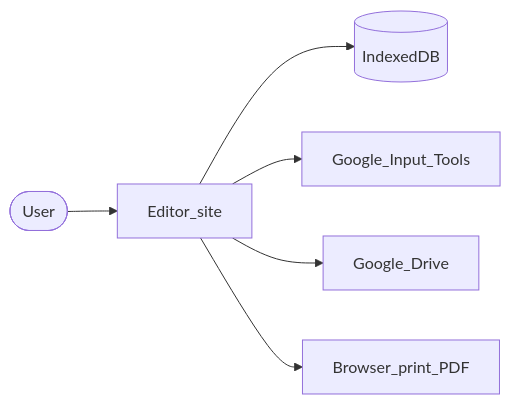
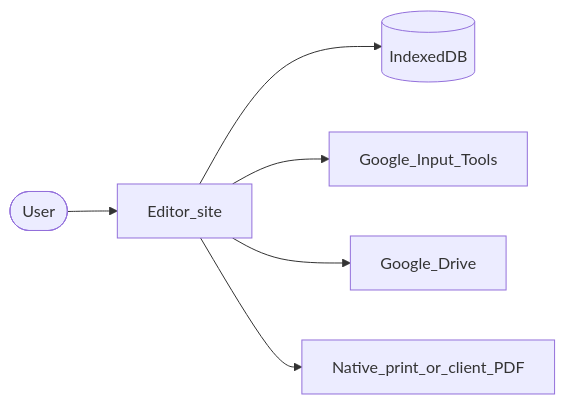
The first of 2 diagrams in docs/architecture.md (arverma/Bihar-Police-Notebook), drawn with Mermaid before and after one commit. The commit also changed other lines of this file and 15 other files, not shown here.

````diff
--- a/docs/architecture.md
+++ b/docs/architecture.md
@@ -9,15 +9,15 @@
 ```mermaid
 flowchart LR
   User([User])
   Editor[Editor_site]
   IDB[(IndexedDB)]
   GIT[Google_Input_Tools]
   Drive[Google_Drive]
-  Print[Browser_print_PDF]
+  Print[Native_print_or_client_PDF]
 
   User --> Editor
   Editor --> IDB
   Editor --> GIT
   Editor --> Drive
   Editor --> Print
 ```
````
